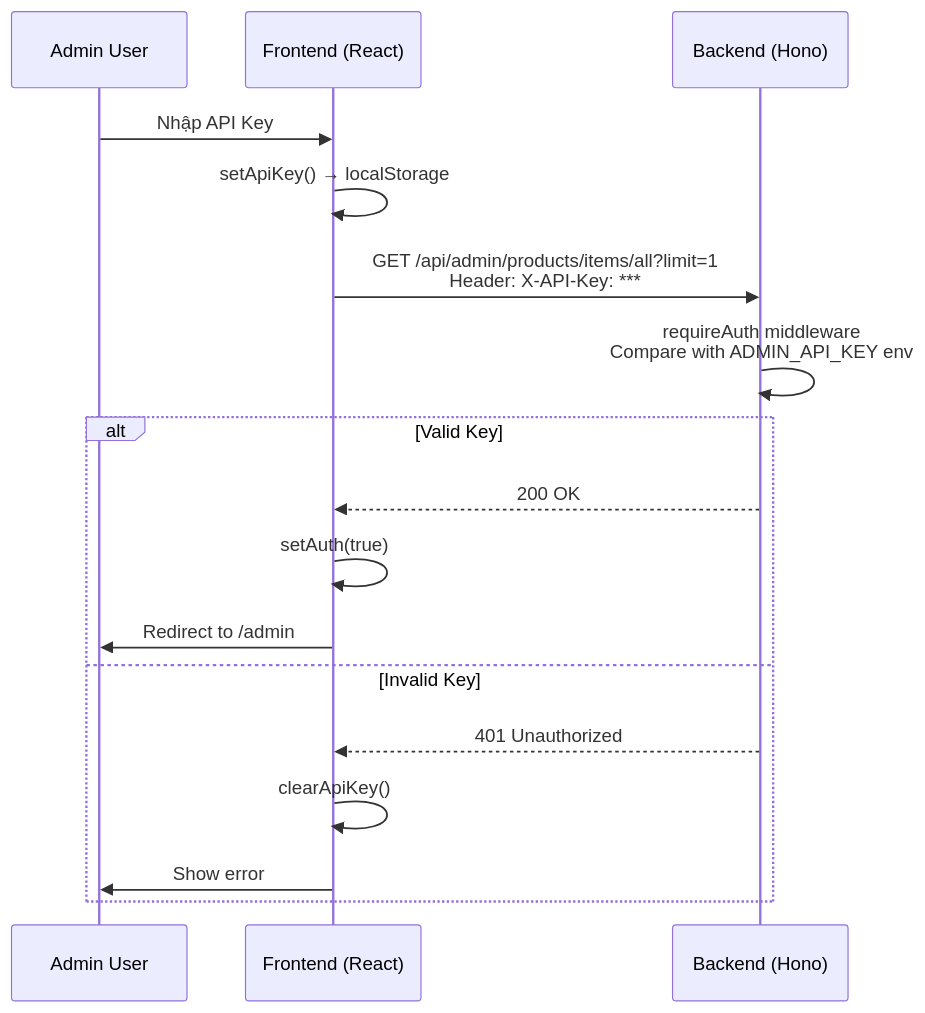
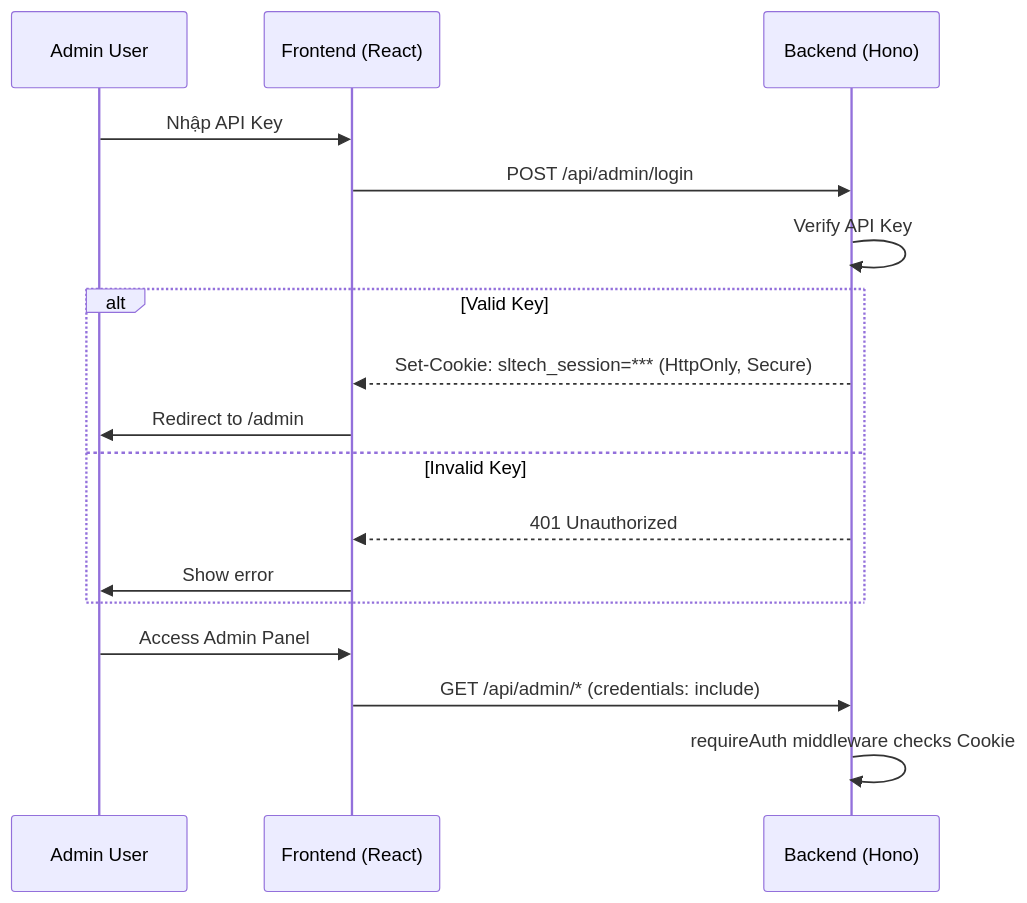
One commit to ThienPhuc132003/songlinhweb changed the sixth of 9 diagrams in docs/architecture.md. Above: the diagram before and after it, drawn with Mermaid. The commit also changed other lines of this file and 43 other files, not shown here.

````diff
--- a/docs/architecture.md
+++ b/docs/architecture.md
@@ -645,20 +647,21 @@
 ```mermaid
 sequenceDiagram
     participant Admin as Admin User
     participant FE as Frontend (React)
     participant BE as Backend (Hono)
 
     Admin->>FE: Nhập API Key
-    FE->>FE: setApiKey() → localStorage
-    FE->>BE: GET /api/admin/products/items/all?limit=1<br/>Header: X-API-Key: ***
-    BE->>BE: requireAuth middleware<br/>Compare with ADMIN_API_KEY env
+    FE->>BE: POST /api/admin/login
+    BE->>BE: Verify API Key
     alt Valid Key
-        BE-->>FE: 200 OK
-        FE->>FE: setAuth(true)
+        BE-->>FE: Set-Cookie: sltech_session=*** (HttpOnly, Secure)
         FE->>Admin: Redirect to /admin
     else Invalid Key
         BE-->>FE: 401 Unauthorized
-        FE->>FE: clearApiKey()
         FE->>Admin: Show error
     end
+
+    Admin->>FE: Access Admin Panel
+    FE->>BE: GET /api/admin/* (credentials: include)
+    BE->>BE: requireAuth middleware checks Cookie
 ```
````
